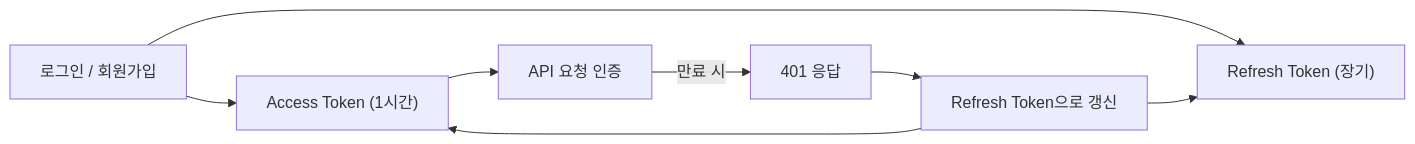
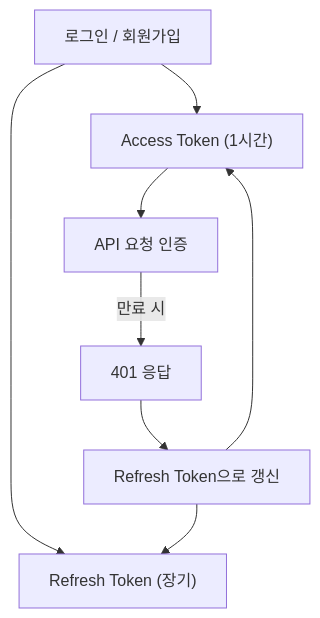
One commit to popup-studio-ai/bkend-docs changed the first of 3 diagrams in ko/authentication/20-token-management.md. Above: the diagram before and after it, drawn with Mermaid. The commit also changed 24 other files, not shown here.

````diff
--- a/ko/authentication/20-token-management.md
+++ b/ko/authentication/20-token-management.md
@@ -17,10 +17,10 @@
 ```mermaid
-flowchart LR
+flowchart TD
     A[로그인 / 회원가입] --> B["Access Token (1시간)"]
     A --> C["Refresh Token (장기)"]
     B --> D[API 요청 인증]
     D -->|만료 시| E[401 응답]
     E --> F[Refresh Token으로 갱신]
     F --> B
     F --> C
 ```
````
